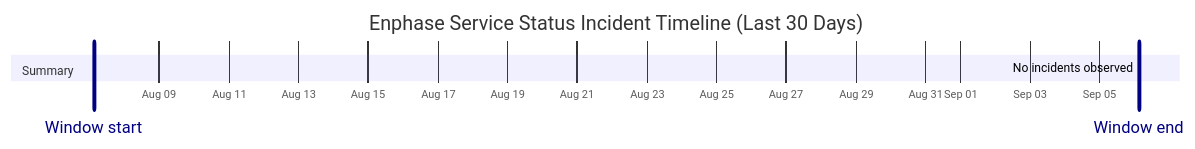
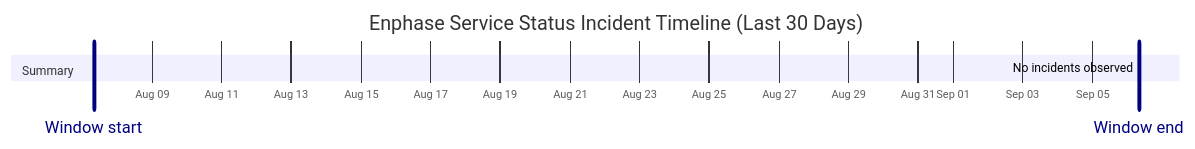
The diagram in wiki/Service-Status-History.md (barneyonline/ha-enphase-energy), drawn with Mermaid before and after one commit. The commit also changed other lines of this file and 3 other files, not shown here.

````diff
--- a/wiki/Service-Status-History.md
+++ b/wiki/Service-Status-History.md
@@ -14,10 +14,10 @@
 ```mermaid
 gantt
     title Enphase Service Status Incident Timeline (Last 30 Days)
     dateFormat  YYYY-MM-DDTHH:mm:ss
     axisFormat  %b %d
-    Window start :vert, window-start, 2026-08-07T03:01:26, 0ms
-    Window end :vert, window-end, 2026-09-06T03:01:26, 0ms
+    Window start :vert, window-start, 2026-08-07T08:02:08, 0ms
+    Window end :vert, window-end, 2026-09-06T08:02:08, 0ms
     section Summary
-    No incidents observed :done, 2026-09-06T03:01:26, 1m
+    No incidents observed :done, 2026-09-06T08:02:08, 1m
 ```
````
